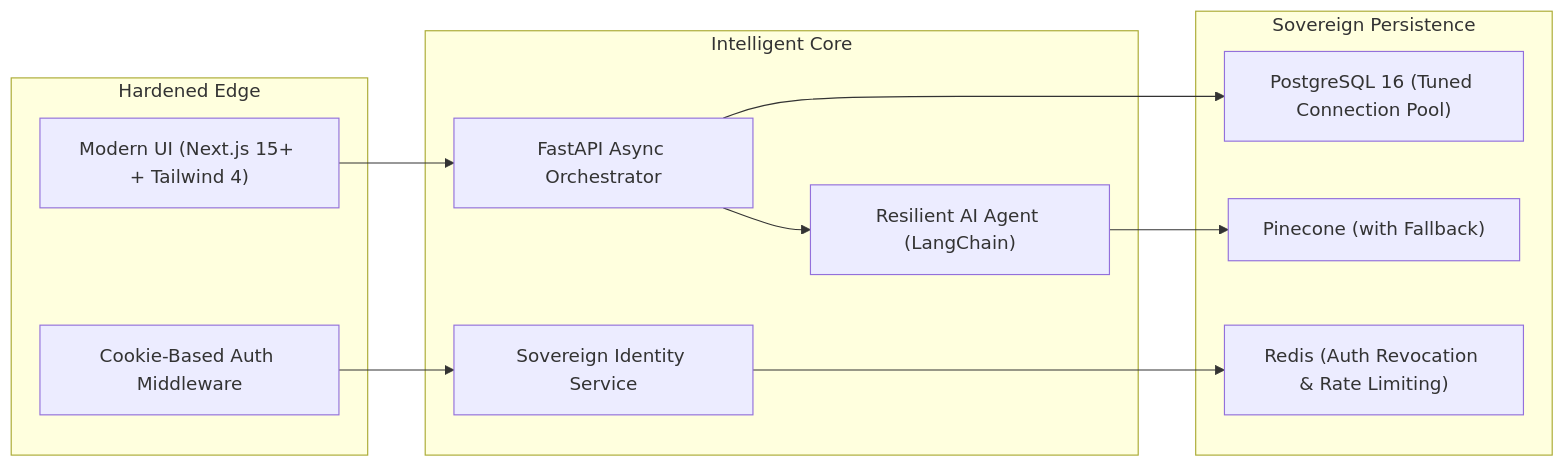
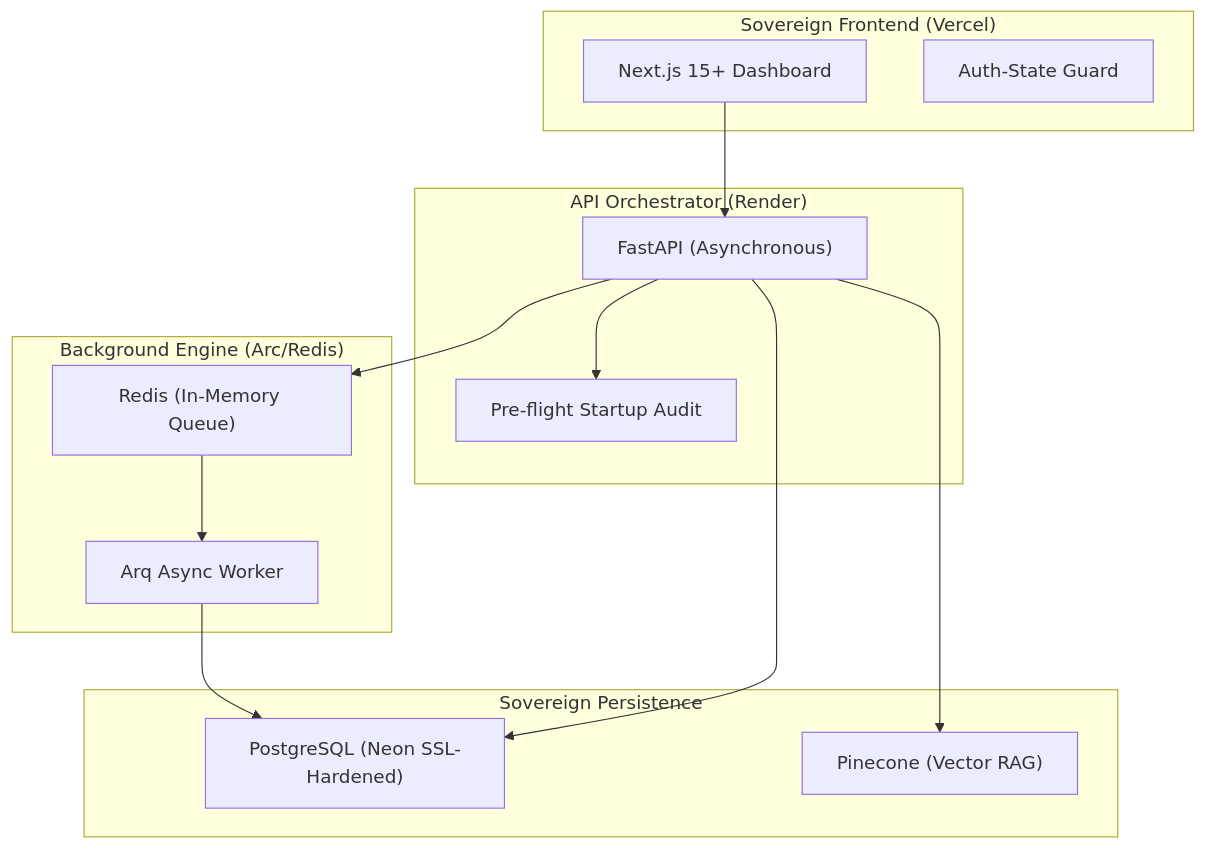
One commit to johan-droid/GraftAI changed the diagram in README.md. Above: the diagram before and after it, drawn with Mermaid. The commit also changed other lines of this file and 42 other files, not shown here.

Commit message:
feat: implement core backend services, authentication system, and dashboard analytics interface

````diff
--- a/README.md
+++ b/README.md
@@ -73,26 +71,30 @@
 ```mermaid
-graph LR
-    subgraph "Hardened Edge"
-        UI["Modern UI (Next.js 15+ + Tailwind 4)"]
-        Guard["Cookie-Based Auth Middleware"]
+graph TD
+    subgraph "Sovereign Frontend (Vercel)"
+        UI["Next.js 15+ Dashboard"]
+        Store["Auth-State Guard"]
     end
 
-    subgraph "Intelligent Core"
-        API["FastAPI Async Orchestrator"]
-        Auth["Sovereign Identity Service"]
-        Agent["Resilient AI Agent (LangChain)"]
+    subgraph "API Orchestrator (Render)"
+        API["FastAPI (Asynchronous)"]
+        Audit["Pre-flight Startup Audit"]
+    end
+
+    subgraph "Background Engine (Arc/Redis)"
+        Worker["Arq Async Worker"]
+        Redis["Redis (In-Memory Queue)"]
     end
 
     subgraph "Sovereign Persistence"
-        RDS["PostgreSQL 16 (Tuned Connection Pool)"]
-        VDB["Pinecone (with Fallback)"]
-        Cache["Redis (Auth Revocation & Rate Limiting)"]
+        RDS["PostgreSQL (Neon SSL-Hardened)"]
+        VDB["Pinecone (Vector RAG)"]
     end
 
     UI --> API
-    Guard --> Auth
-    API --> Agent
-    Agent --> VDB
-    Auth --> Cache
+    API --> Audit
+    API --> Redis
+    Redis --> Worker
+    Worker --> RDS
+    API --> VDB
     API --> RDS
 ```
````
